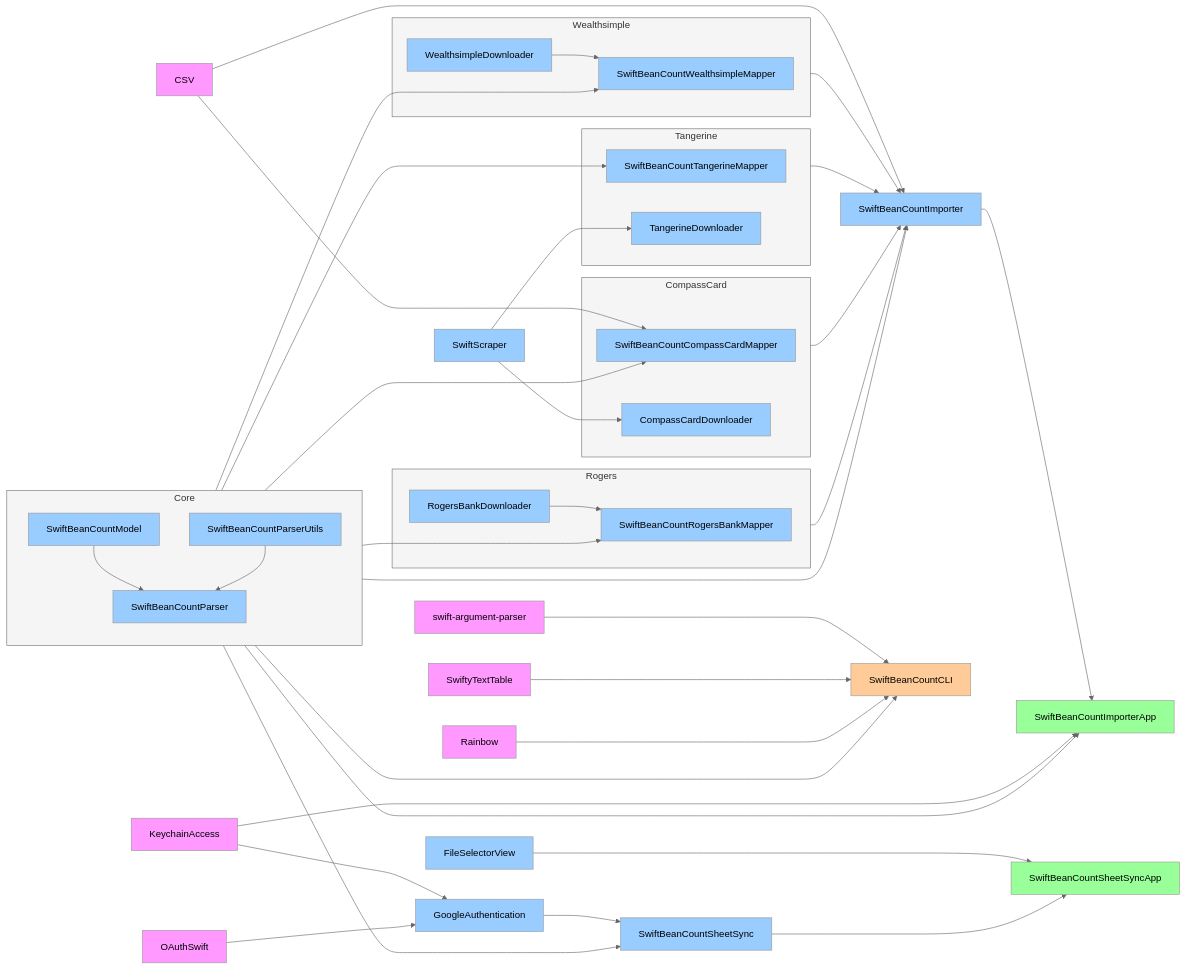
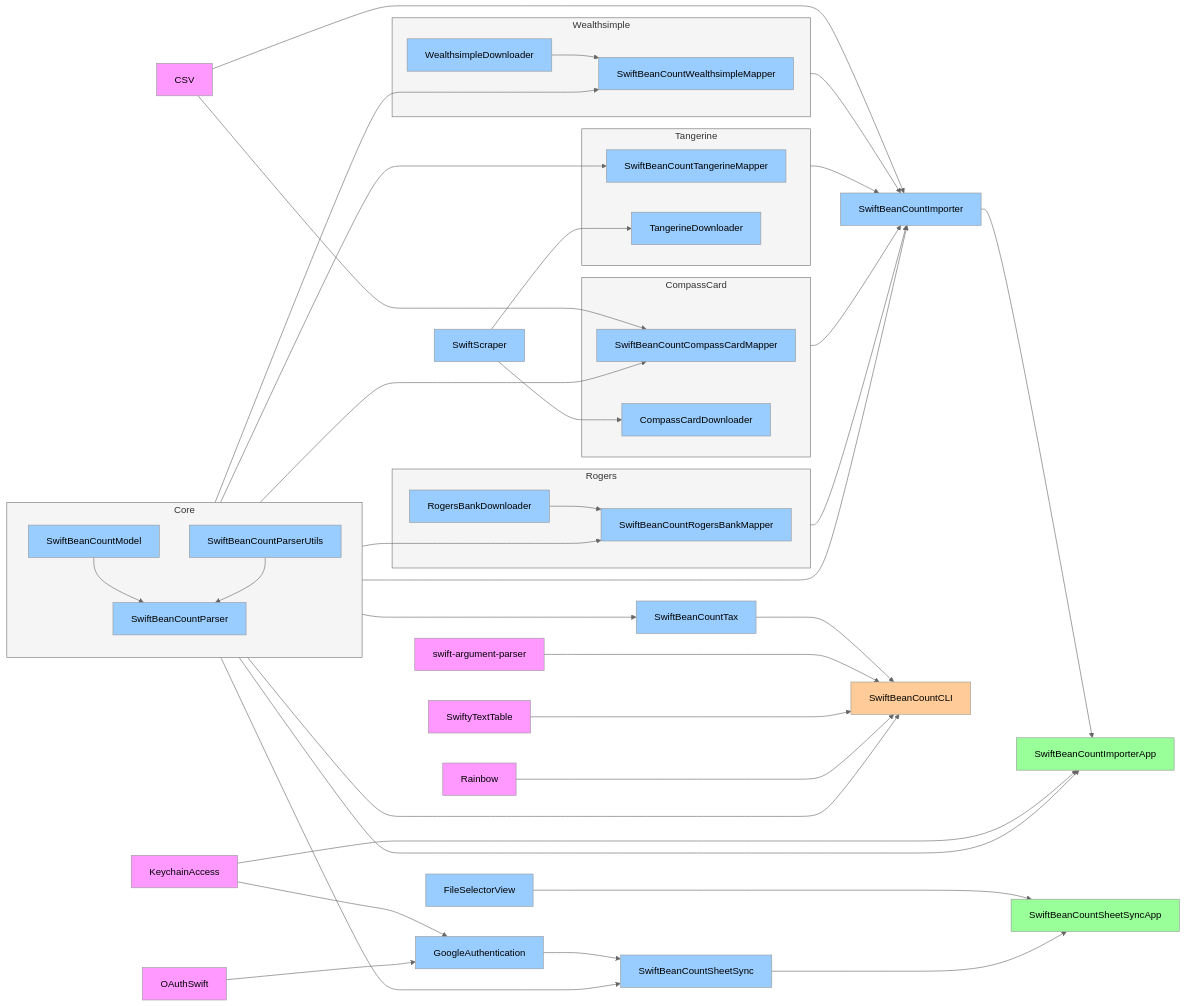
Before and after one commit to Nef10/SwiftBeanCount: the first of 2 diagrams in README.md, drawn with Mermaid (neutral theme). The commit also changed other lines of this file, not shown here.

Commit message:
Add SwiftBeanCountTax

```diff
--- a/README.md
+++ b/README.md
@@ -109,6 +110,8 @@
   SwiftBeanCountSheetSync ---> SwiftBeanCountSheetSyncApp
   CSV ----> SwiftBeanCountImporter
   CSV --> SwiftBeanCountCompassCardMapper
+  Core --> SwiftBeanCountTax
+  SwiftBeanCountTax --> SwiftBeanCountCLI
   Core ----> SwiftBeanCountCLI
   swift-argument-parser ---> SwiftBeanCountCLI
   SwiftyTextTable ---> SwiftBeanCountCLI
@@ -116,6 +119,7 @@
   click SwiftBeanCountModel "https://github.com/Nef10/SwiftBeanCountModel"
   click SwiftBeanCountParser "https://github.com/Nef10/SwiftBeanCountParser"
   click SwiftBeanCountParserUtils "https://github.com/Nef10/SwiftBeanCountParserUtils"
+  click SwiftBeanCountTax "https://github.com/Nef10/SwiftBeanCountTax"
   click SwiftBeanCountWealthsimpleMapper "https://github.com/Nef10/SwiftBeanCountWealthsimpleMapper"
   click WealthsimpleDownloader "https://github.com/Nef10/WealthsimpleDownloader"
   click SwiftBeanCountRogersBankMapper "https://github.com/Nef10/SwiftBeanCountRogersBankMapper"
```
